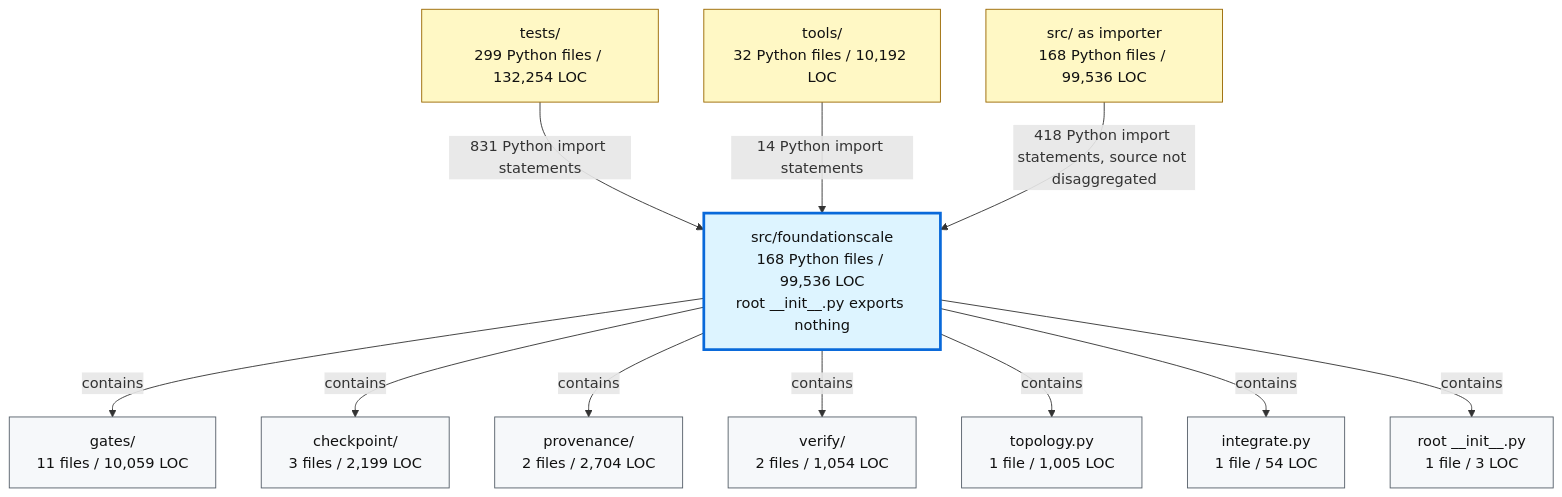
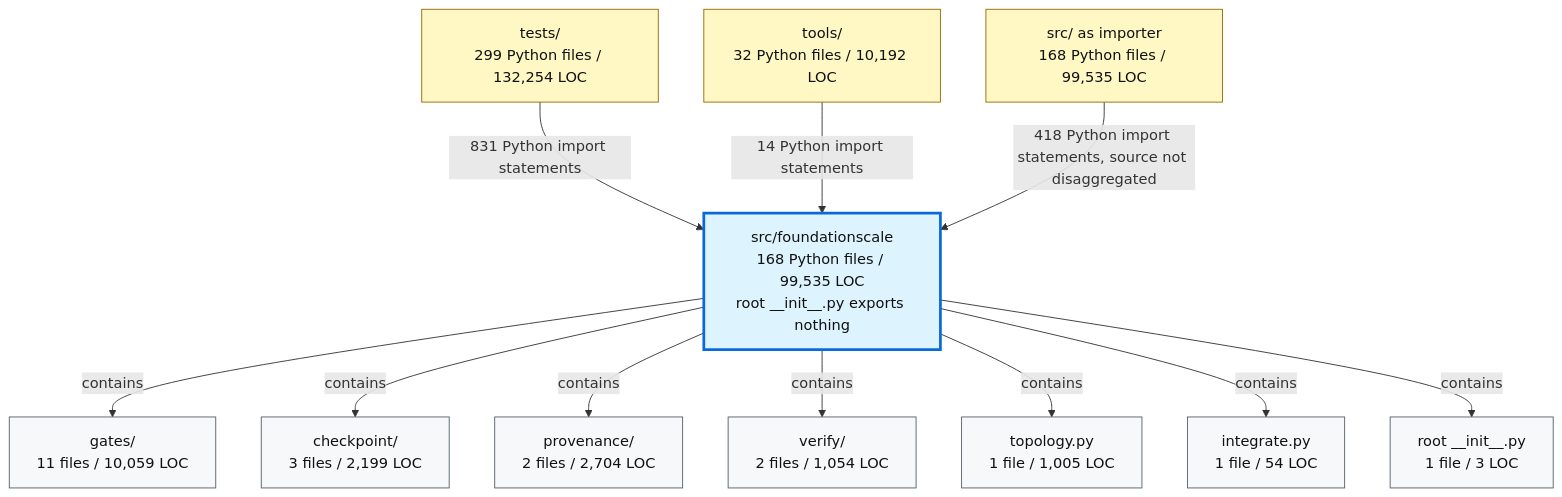
The second of 2 diagrams in docs/review/D2_current_architecture.md (TranNhiem/FoundationScale), drawn with Mermaid before and after one commit. The commit also changed other lines of this file and 10 other files, not shown here.

````diff
--- a/docs/review/D2_current_architecture.md
+++ b/docs/review/D2_current_architecture.md
@@ -97,36 +97,36 @@
 ```mermaid
 flowchart TB
   TESTS["tests/<br/>299 Python files / 132,254 LOC"]
   TOOLS["tools/<br/>32 Python files / 10,192 LOC"]
-  SRC["src/ as importer<br/>168 Python files / 99,536 LOC"]
+  SRC["src/ as importer<br/>168 Python files / 99,535 LOC"]
 
-  FS["src/foundationscale<br/>168 Python files / 99,536 LOC<br/>root __init__.py exports nothing"]
+  FS["src/foundationscale<br/>168 Python files / 99,535 LOC<br/>root __init__.py exports nothing"]
 
   GATES["gates/<br/>11 files / 10,059 LOC"]
   CKPT["checkpoint/<br/>3 files / 2,199 LOC"]
   PROV["provenance/<br/>2 files / 2,704 LOC"]
   VERIFY["verify/<br/>2 files / 1,054 LOC"]
   TOPO["topology.py<br/>1 file / 1,005 LOC"]
   INTEG["integrate.py<br/>1 file / 54 LOC"]
   ROOT["root __init__.py<br/>1 file / 3 LOC"]
 
   TESTS -->|"831 Python import statements"| FS
   TOOLS -->|"14 Python import statements"| FS
   SRC -->|"418 Python import statements, source not disaggregated"| FS
 
   FS -->|"contains"| GATES
   FS -->|"contains"| CKPT
   FS -->|"contains"| PROV
   FS -->|"contains"| VERIFY
   FS -->|"contains"| TOPO
   FS -->|"contains"| INTEG
   FS -->|"contains"| ROOT
 
   classDef consumer fill:#fff8c5,stroke:#9a6700,color:#111;
   classDef package fill:#ddf4ff,stroke:#0969da,stroke-width:3px,color:#111;
   classDef module fill:#f6f8fa,stroke:#57606a,color:#111;
 
   class TESTS,TOOLS,SRC consumer;
   class FS package;
   class GATES,CKPT,PROV,VERIFY,TOPO,INTEG,ROOT module;
 ```
````
